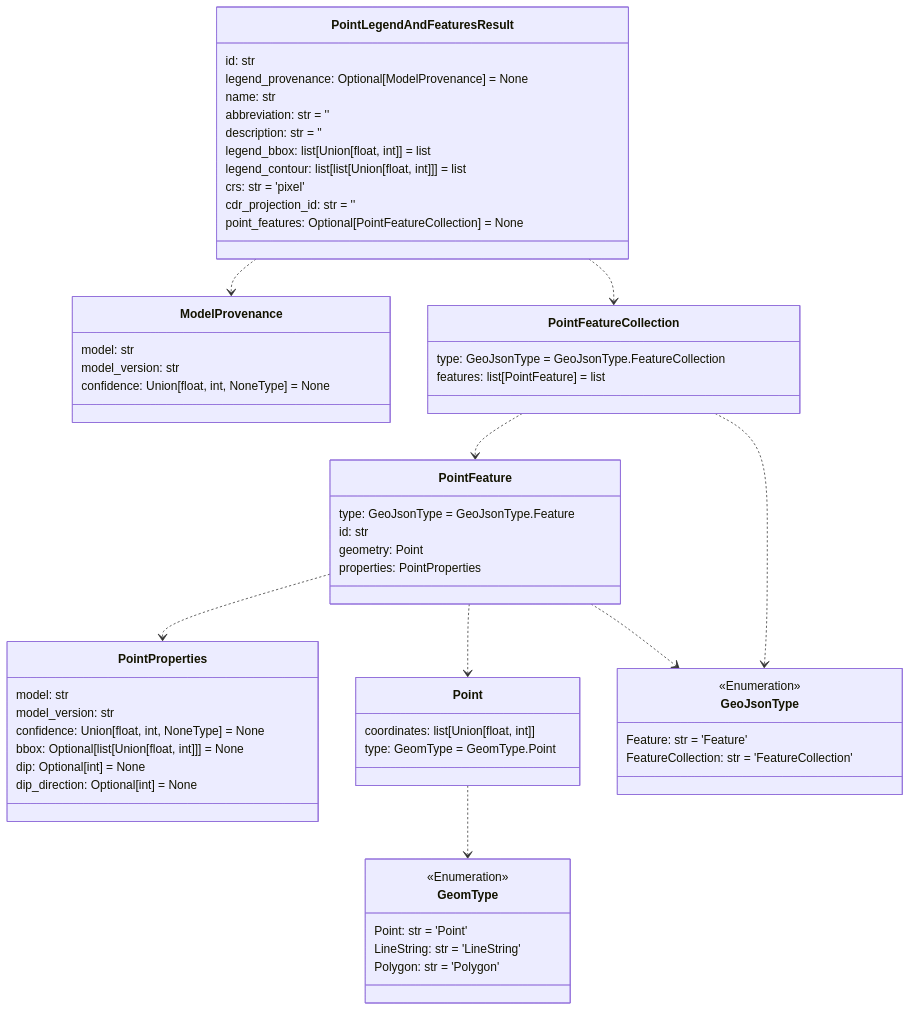
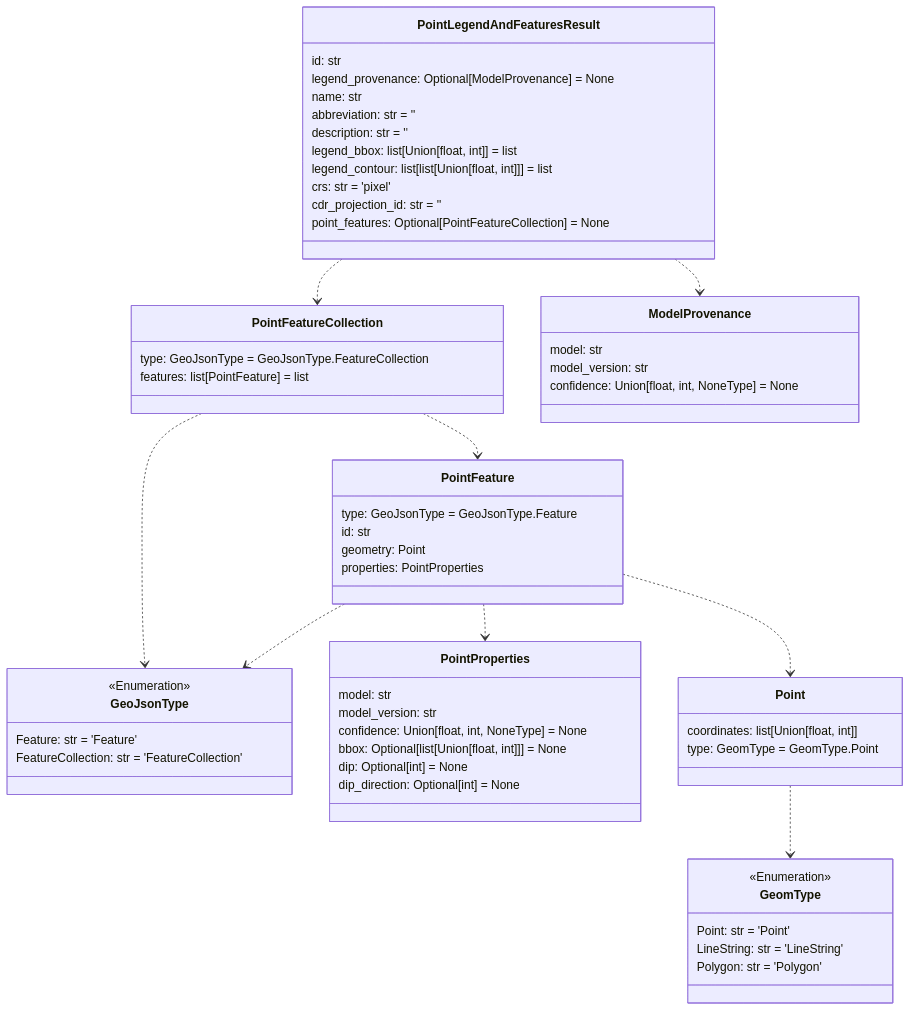
The fifth of 12 diagrams in README.md (DARPA-CRITICALMAAS/cdr_schemas), drawn with Mermaid before and after one commit. The commit also changed other lines of this file and 1 other file, not shown here.

````diff
--- a/README.md
+++ b/README.md
@@ -353,72 +353,72 @@
 ```mermaid
 classDiagram
 
-    class PointLegendAndFeaturesResult {
-        id: str
-        legend_provenance: Optional[ModelProvenance] = None
-        name: str
-        abbreviation: str = ''
-        description: str = ''
-        legend_bbox: list[Union[float, int]] = list
-        legend_contour: list[list[Union[float, int]]] = list
-        crs: str = 'pixel'
-        cdr_projection_id: str = ''
-        point_features: Optional[PointFeatureCollection] = None
-    }
-
-    class ModelProvenance {
+    class PointProperties {
         model: str
         model_version: str
         confidence: Union[float, int, NoneType] = None
+        bbox: Optional[list[Union[float, int]]] = None
+        dip: Optional[int] = None
+        dip_direction: Optional[int] = None
+    }
+
+    class PointFeatureCollection {
+        type: GeoJsonType = GeoJsonType.FeatureCollection
+        features: list[PointFeature] = list
+    }
+
+    class GeoJsonType {
+        <<Enumeration>>
+        Feature: str = 'Feature'
+        FeatureCollection: str = 'FeatureCollection'
     }
 
     class PointFeature {
         type: GeoJsonType = GeoJsonType.Feature
         id: str
         geometry: Point
         properties: PointProperties
     }
 
     class GeomType {
         <<Enumeration>>
         Point: str = 'Point'
         LineString: str = 'LineString'
         Polygon: str = 'Polygon'
     }
 
-    class PointProperties {
+    class ModelProvenance {
         model: str
         model_version: str
         confidence: Union[float, int, NoneType] = None
-        bbox: Optional[list[Union[float, int]]] = None
-        dip: Optional[int] = None
-        dip_direction: Optional[int] = None
     }
 
     class Point {
         coordinates: list[Union[float, int]]
         type: GeomType = GeomType.Point
     }
 
-    class GeoJsonType {
-        <<Enumeration>>
-        Feature: str = 'Feature'
-        FeatureCollection: str = 'FeatureCollection'
-    }
-
-    class PointFeatureCollection {
-        type: GeoJsonType = GeoJsonType.FeatureCollection
-        features: list[PointFeature] = list
+    class PointLegendAndFeaturesResult {
+        id: str
+        legend_provenance: Optional[ModelProvenance] = None
+        name: str
+        abbreviation: str = ''
+        description: str = ''
+        legend_bbox: list[Union[float, int]] = list
+        legend_contour: list[list[Union[float, int]]] = list
+        crs: str = 'pixel'
+        cdr_projection_id: str = ''
+        point_features: Optional[PointFeatureCollection] = None
     }
 
     Point ..> GeomType
+    PointFeature ..> GeoJsonType
     PointFeature ..> PointProperties
-    PointFeature ..> GeoJsonType
     PointFeature ..> Point
     PointFeatureCollection ..> GeoJsonType
     PointFeatureCollection ..> PointFeature
+    PointLegendAndFeaturesResult ..> PointFeatureCollection
     PointLegendAndFeaturesResult ..> ModelProvenance
-    PointLegendAndFeaturesResult ..> PointFeatureCollection
 
 
 ```
````
